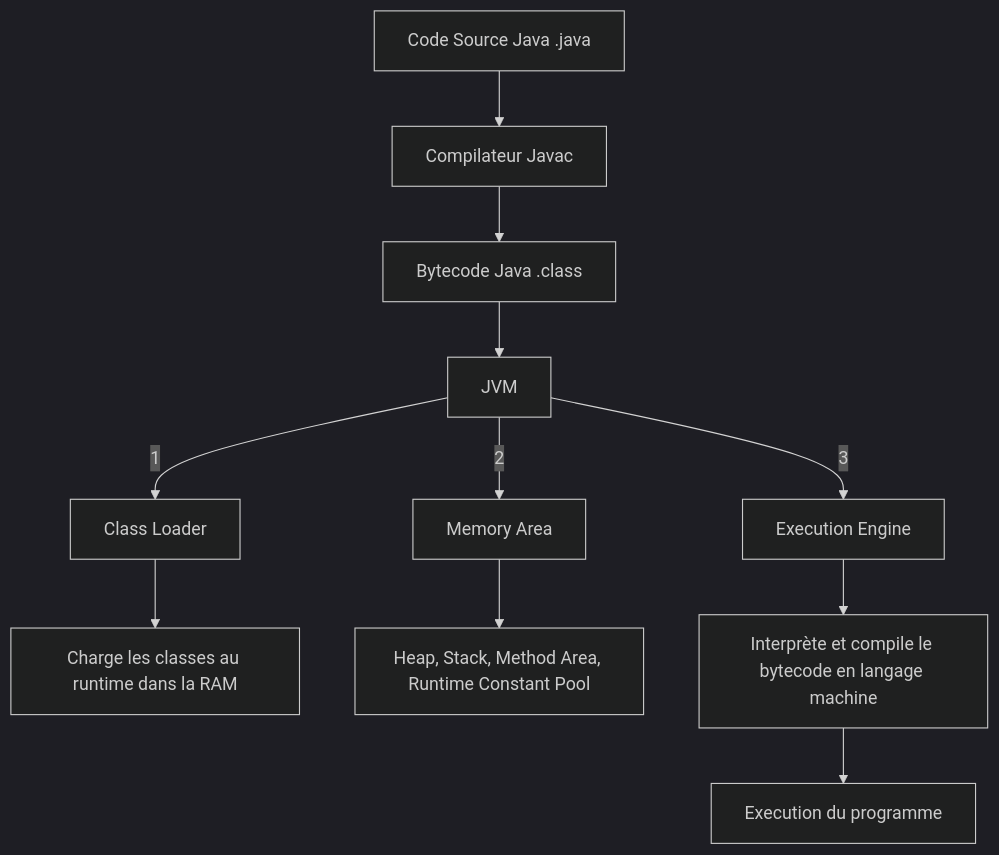
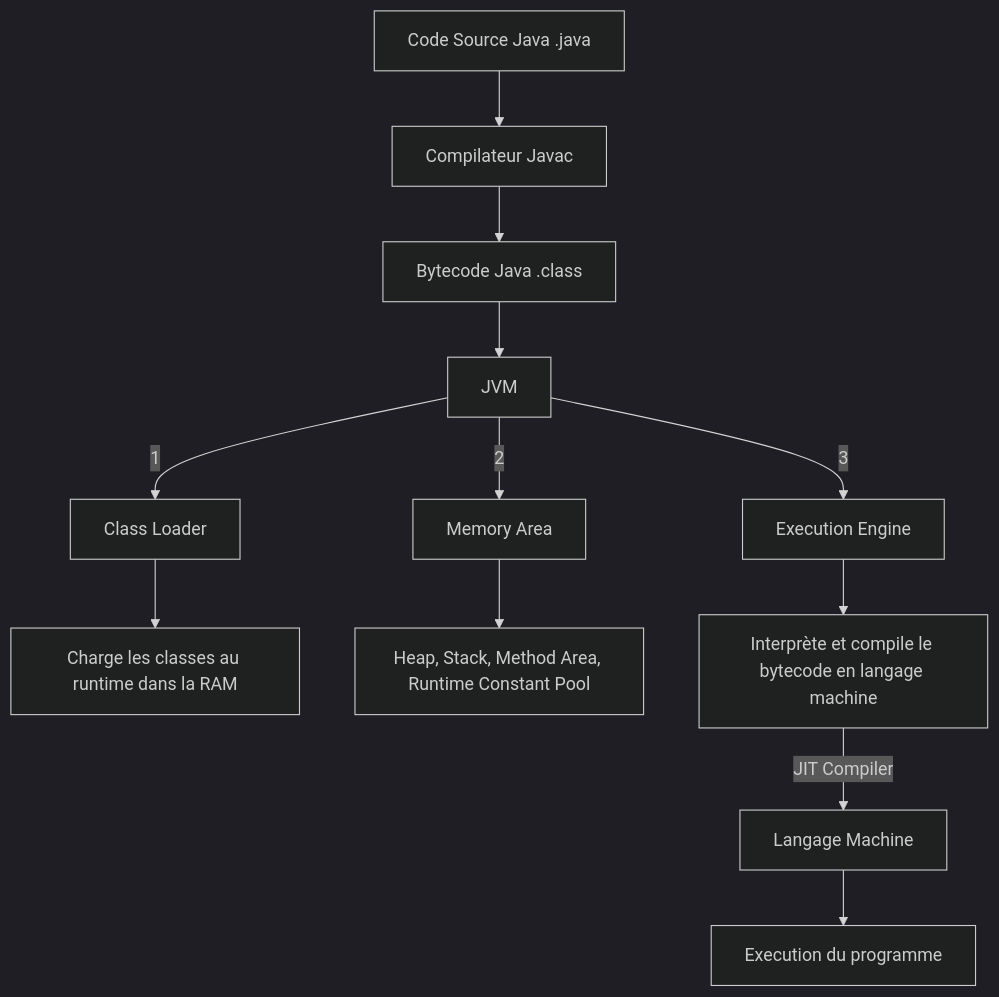
One commit to tanguybernard/computer-science-knowledge changed the second of 2 diagrams in lang_fwk/java_world/courses/JVM.md. Above: the diagram before and after it, drawn with Mermaid (dark theme).

````diff
--- a/lang_fwk/java_world/courses/JVM.md
+++ b/lang_fwk/java_world/courses/JVM.md
@@ -11,13 +11,14 @@
 ```mermaid
 flowchart TD
     A[Code Source Java .java] --> B[Compilateur Javac]
     B --> C[Bytecode Java .class]
     C --> D[JVM]
     D -->|1| E1[Class Loader]
     D -->|2| E2[Memory Area]
     D -->|3| E3[Execution Engine]
     E1 --> F1[Charge les classes au runtime dans la RAM]
     E2 --> F2[Heap, Stack, Method Area, Runtime Constant Pool]
     E3 --> F3[Interprète et compile le bytecode en langage machine]
-    F3 --> G[Execution du programme]
+    F3 -->|JIT Compiler| G[Langage Machine]
+    G --> H[Execution du programme]
 ```
````
